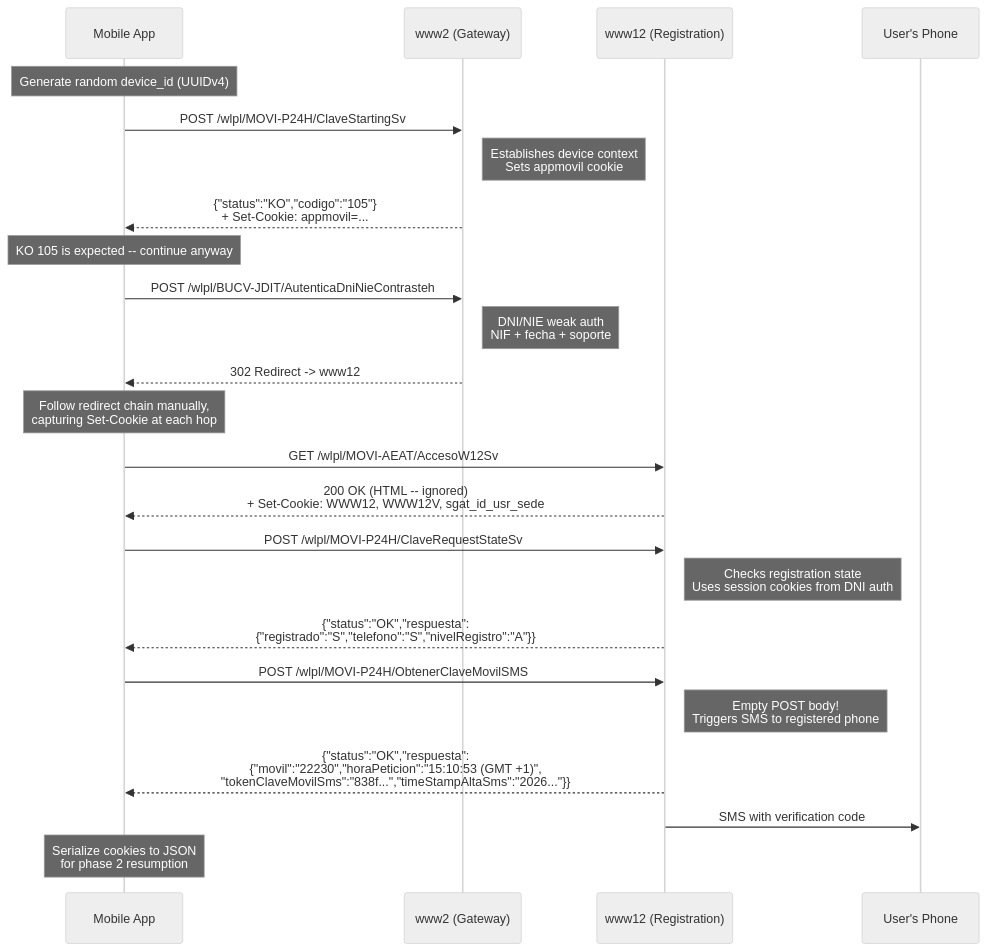
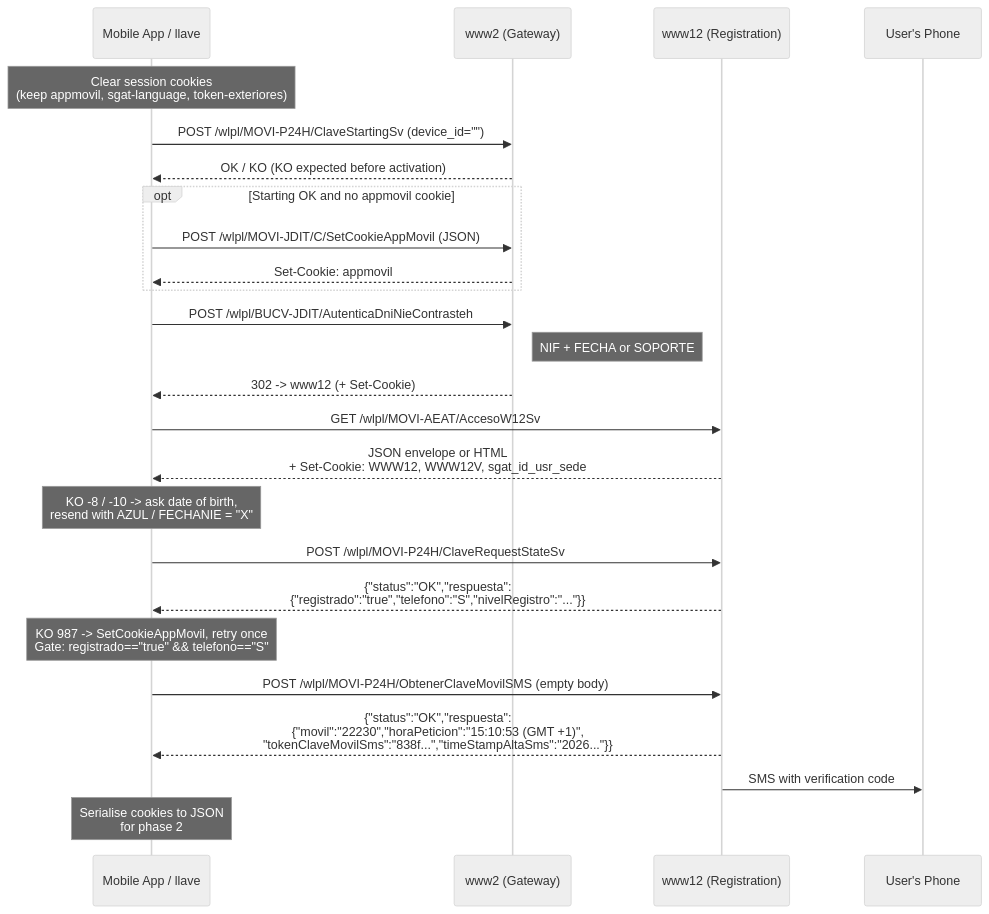
One commit to gabela-io/llave changed the first of 4 diagrams in book/src/authentication-flows/dni-nie-sms-activation.md. Above: the diagram before and after it, drawn with Mermaid (neutral theme). The commit also changed other lines of this file and 27 other files, not shown here.

````diff
--- a/book/src/authentication-flows/dni-nie-sms-activation.md
+++ b/book/src/authentication-flows/dni-nie-sms-activation.md
@@ -34,34 +34,34 @@
 ```mermaid
 sequenceDiagram
-    participant App as Mobile App
+    participant App as Mobile App / llave
     participant www2 as www2 (Gateway)
     participant www12 as www12 (Registration)
     participant Phone as User's Phone
 
-    Note over App: Generate random device_id (UUIDv4)
+    Note over App: Clear session cookies<br/>(keep appmovil, sgat-language, token-exteriores)
 
-    App->>www2: POST /wlpl/MOVI-P24H/ClaveStartingSv
-    Note right of www2: Establishes device context<br/>Sets appmovil cookie
-    www2-->>App: {"status":"KO","codigo":"105"}<br/>+ Set-Cookie: appmovil=...
-
-    Note over App: KO 105 is expected -- continue anyway
+    App->>www2: POST /wlpl/MOVI-P24H/ClaveStartingSv (device_id="")
+    www2-->>App: OK / KO (KO expected before activation)
+    opt Starting OK and no appmovil cookie
+        App->>www2: POST /wlpl/MOVI-JDIT/C/SetCookieAppMovil (JSON)
+        www2-->>App: Set-Cookie: appmovil
+    end
 
     App->>www2: POST /wlpl/BUCV-JDIT/AutenticaDniNieContrasteh
-    Note right of www2: DNI/NIE weak auth<br/>NIF + fecha + soporte
-    www2-->>App: 302 Redirect -> www12
-    Note over App: Follow redirect chain manually,<br/>capturing Set-Cookie at each hop
+    Note right of www2: NIF + FECHA or SOPORTE
+    www2-->>App: 302 -> www12 (+ Set-Cookie)
     App->>www12: GET /wlpl/MOVI-AEAT/AccesoW12Sv
-    www12-->>App: 200 OK (HTML -- ignored)<br/>+ Set-Cookie: WWW12, WWW12V, sgat_id_usr_sede
+    www12-->>App: JSON envelope or HTML<br/>+ Set-Cookie: WWW12, WWW12V, sgat_id_usr_sede
+    Note over App: KO -8 / -10 -> ask date of birth,<br/>resend with AZUL / FECHANIE = "X"
 
     App->>www12: POST /wlpl/MOVI-P24H/ClaveRequestStateSv
-    Note right of www12: Checks registration state<br/>Uses session cookies from DNI auth
-    www12-->>App: {"status":"OK","respuesta":<br/>{"registrado":"S","telefono":"S","nivelRegistro":"A"}}
+    www12-->>App: {"status":"OK","respuesta":<br/>{"registrado":"true","telefono":"S","nivelRegistro":"..."}}
+    Note over App: KO 987 -> SetCookieAppMovil, retry once<br/>Gate: registrado=="true" && telefono=="S"
 
-    App->>www12: POST /wlpl/MOVI-P24H/ObtenerClaveMovilSMS
-    Note right of www12: Empty POST body!<br/>Triggers SMS to registered phone
+    App->>www12: POST /wlpl/MOVI-P24H/ObtenerClaveMovilSMS (empty body)
     www12-->>App: {"status":"OK","respuesta":<br/>{"movil":"22230","horaPeticion":"15:10:53 (GMT +1)",<br/>"tokenClaveMovilSms":"838f...","timeStampAltaSms":"2026..."}}
 
     www12->>Phone: SMS with verification code
 
-    Note over App: Serialize cookies to JSON<br/>for phase 2 resumption
+    Note over App: Serialise cookies to JSON<br/>for phase 2
 ```
````
